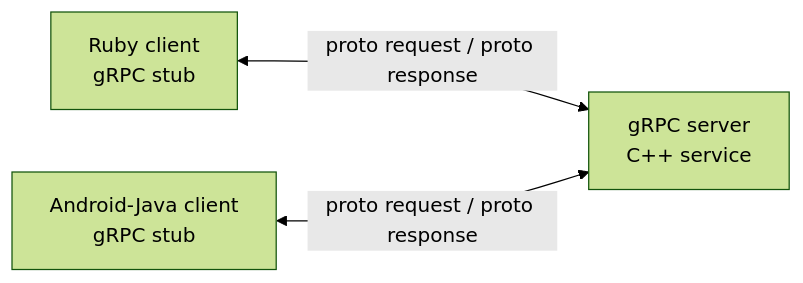
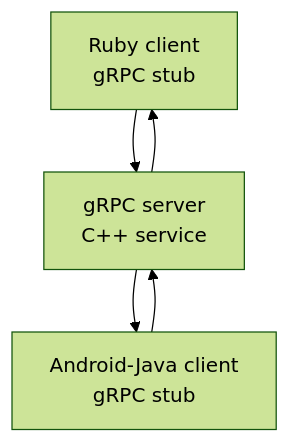
Before and after one commit to sanjaykumarpushadapu/MTech: diagram 11 of 14 in 2026-2027-Sem1/AIMLCZG549-APIDrivenCloudNativeSolutions/notes/S01-api-basics.md, drawn with Mermaid (forest theme). The commit also changed other lines of this file and 3 other files, not shown here.

Commit message:
fixs mermaid

````diff
--- a/2026-2027-Sem1/AIMLCZG549-APIDrivenCloudNativeSolutions/notes/S01-api-basics.md
+++ b/2026-2027-Sem1/AIMLCZG549-APIDrivenCloudNativeSolutions/notes/S01-api-basics.md
@@ -630,5 +631,7 @@
 ```mermaid
-flowchart LR
-    RC[Ruby client<br/>gRPC stub] <-->|proto request / proto response| GS[gRPC server<br/>C++ service]
-    AJ[Android-Java client<br/>gRPC stub] <-->|proto request / proto response| GS
+flowchart TD
+    RC[Ruby client<br/>gRPC stub] --> GS[gRPC server<br/>C++ service]
+    AJ[Android-Java client<br/>gRPC stub] --> GS
+    GS --> RC
+    GS --> AJ
 ```
````
